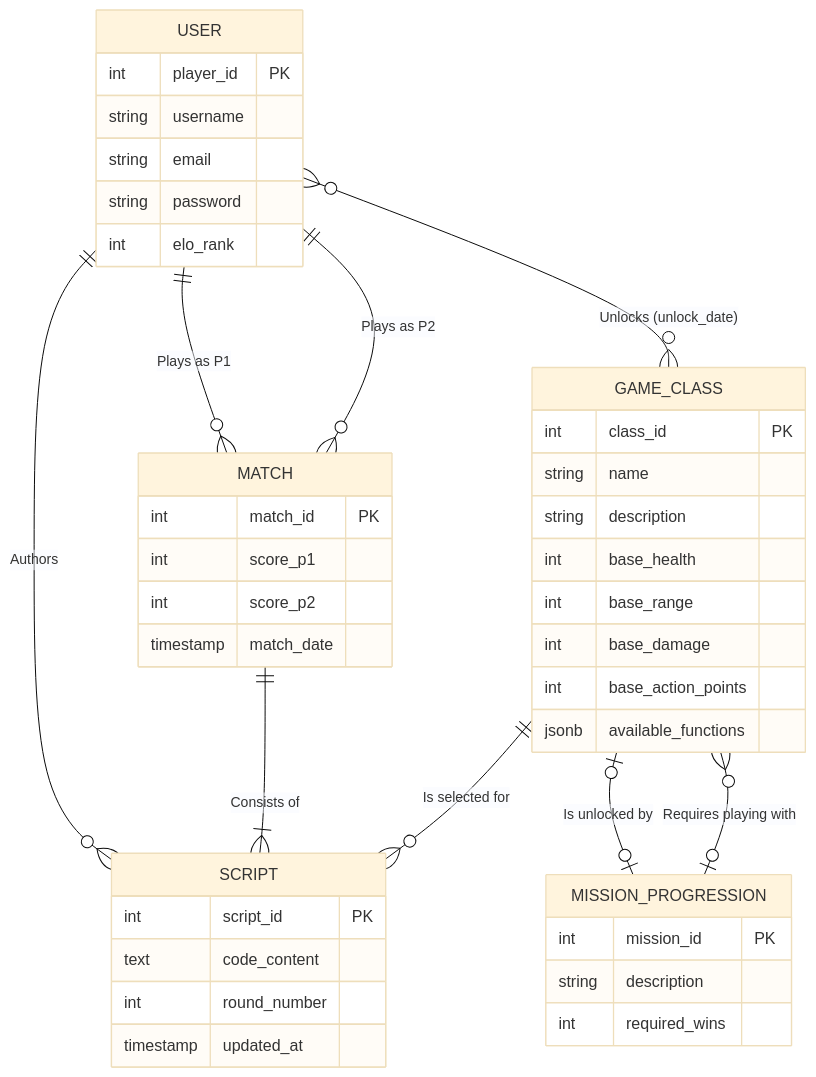
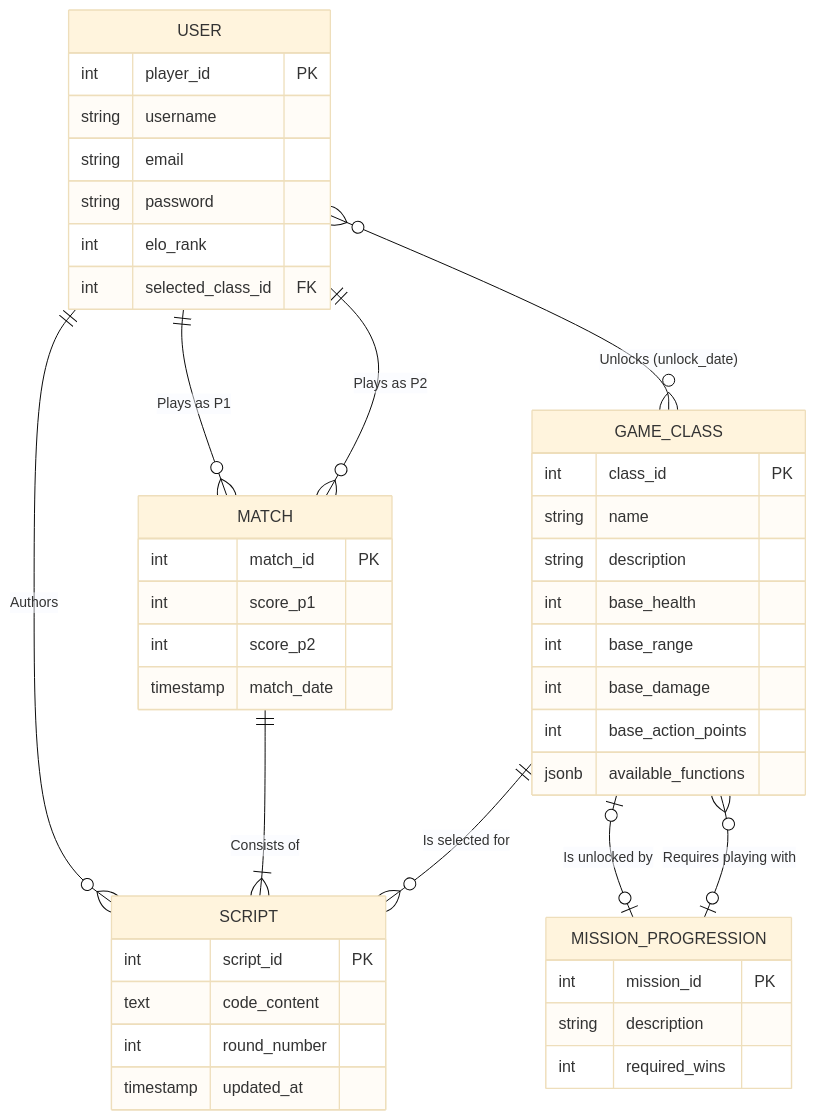
The diagram in docs/database/mcd-mld.md (SAE-AMAURY/SAE_BUT3), drawn with Mermaid (base theme) before and after one commit. The commit also changed other lines of this file and 5 other files, not shown here.

````diff
--- a/docs/database/mcd-mld.md
+++ b/docs/database/mcd-mld.md
@@ -11,47 +11,48 @@
 ```mermaid
 erDiagram
     USER {
         int player_id PK
         string username
         string email
         string password
         int elo_rank
+        int selected_class_id FK
     }
     MATCH {
         int match_id PK
         int score_p1
         int score_p2
         timestamp match_date
     }
     GAME_CLASS {
         int class_id PK
         string name
         string description
         int base_health
         int base_range
         int base_damage
         int base_action_points
         jsonb available_functions
     }
     MISSION_PROGRESSION {
         int mission_id PK
         string description
         int required_wins
     }
     SCRIPT {
         int script_id PK
         text code_content
         int round_number
         timestamp updated_at
     }
 
     %% Relationships
     USER ||--o{ MATCH : "Plays as P1"
     USER ||--o{ MATCH : "Plays as P2"
     USER }o--o{ GAME_CLASS : "Unlocks (unlock_date)"
     USER ||--o{ SCRIPT : "Authors"
     MATCH ||--|{ SCRIPT : "Consists of"
     GAME_CLASS ||--o{ SCRIPT : "Is selected for"
     GAME_CLASS |o--o| MISSION_PROGRESSION : "Is unlocked by"
     MISSION_PROGRESSION |o--o{ GAME_CLASS : "Requires playing with"
 ```
````
